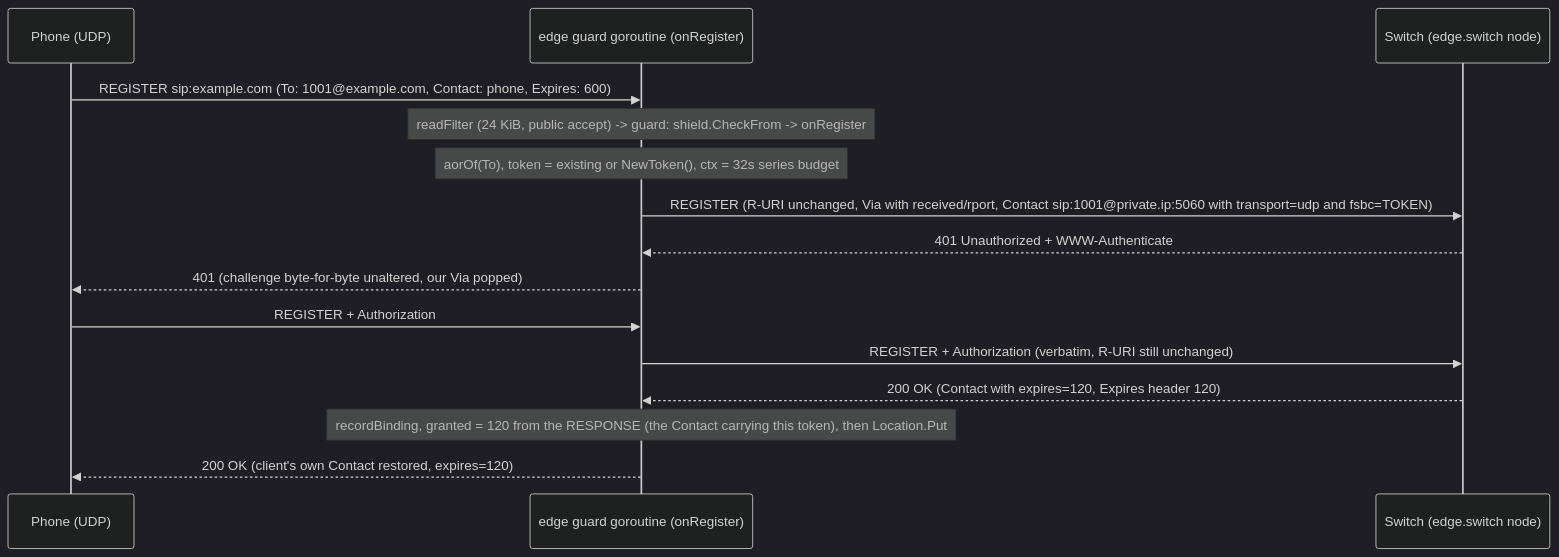
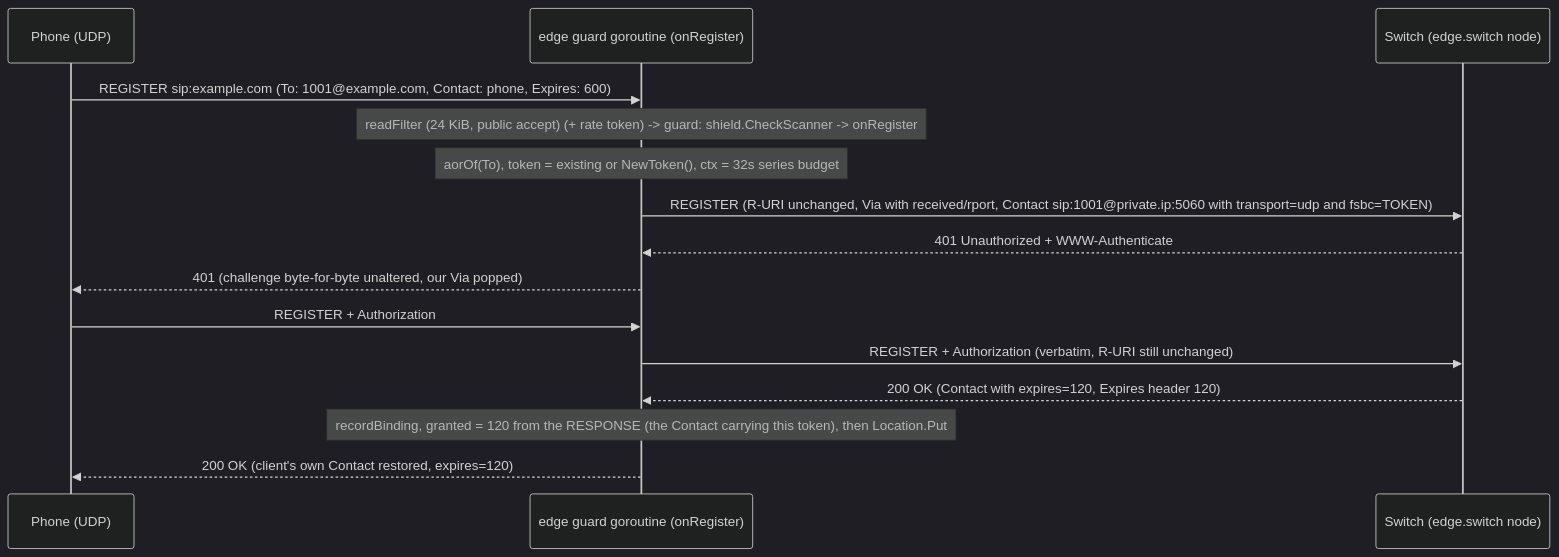
The tenth of 18 diagrams in docs/design.md (rasonyang/freesbc), drawn with Mermaid (dark theme) before and after one commit. The commit also changed other lines of this file and 13 other files, not shown here.

First line of the commit message:
edge: rate-limit public reads before parsing, never log raw payloads (#133)

````diff
--- a/docs/design.md
+++ b/docs/design.md
@@ -2242,18 +2270,18 @@
 ```mermaid
 sequenceDiagram
     participant P as Phone (UDP)
     participant G as edge guard goroutine (onRegister)
     participant FS as Switch (edge.switch node)
 
     P->>G: REGISTER sip:example.com (To: 1001@example.com, Contact: phone, Expires: 600)
-    Note over G: readFilter (24 KiB, public accept) -> guard: shield.CheckFrom -> onRegister
+    Note over G: readFilter (24 KiB, public accept) (+ rate token) -> guard: shield.CheckScanner -> onRegister
     Note over G: aorOf(To), token = existing or NewToken(), ctx = 32s series budget
     G->>FS: REGISTER (R-URI unchanged, Via with received/rport, Contact sip:1001@private.ip:5060 with transport=udp and fsbc=TOKEN)
     FS-->>G: 401 Unauthorized + WWW-Authenticate
     G-->>P: 401 (challenge byte-for-byte unaltered, our Via popped)
     P->>G: REGISTER + Authorization
     G->>FS: REGISTER + Authorization (verbatim, R-URI still unchanged)
     FS-->>G: 200 OK (Contact with expires=120, Expires header 120)
     Note over G: recordBinding, granted = 120 from the RESPONSE (the Contact carrying this token), then Location.Put
     G-->>P: 200 OK (client's own Contact restored, expires=120)
 ```
````
